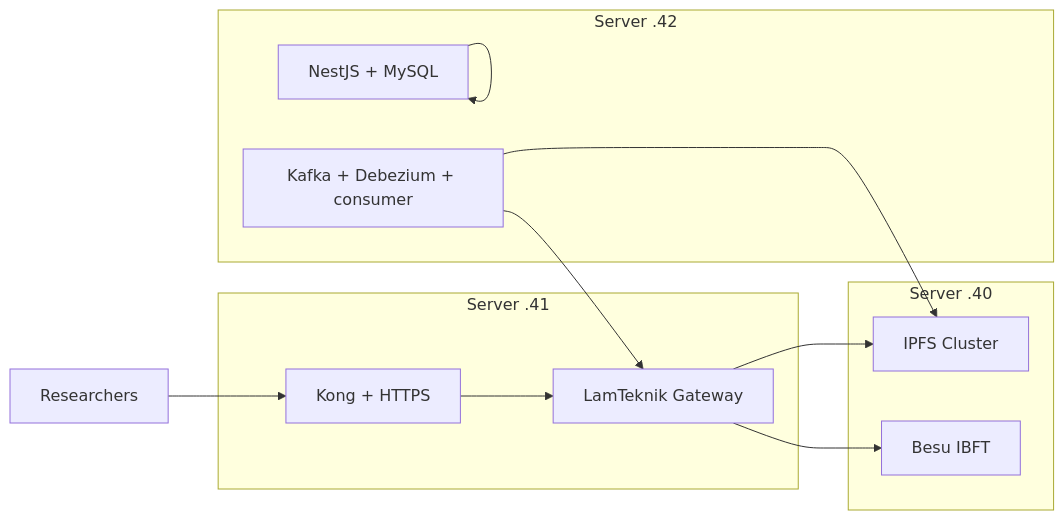
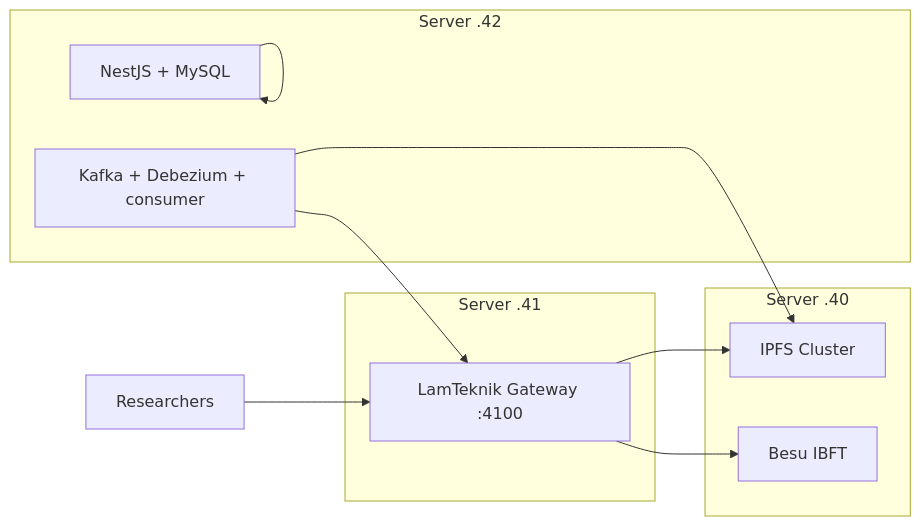
Before and after one commit to DeITdev/lamteknik-blockchain: the diagram in context/revamp-system-plan.md, drawn with Mermaid. The commit also changed other lines of this file and 13 other files, not shown here.

````diff
--- a/context/revamp-system-plan.md
+++ b/context/revamp-system-plan.md
@@ -32,25 +32,23 @@
 ```mermaid
 flowchart LR
   subgraph vm40 [Server .40]
     Besu[Besu IBFT]
     IPFS[IPFS Cluster]
   end
 
   subgraph vm41 [Server .41]
-    Kong[Kong + HTTPS]
-    GW[LamTeknik Gateway]
-    Kong --> GW
+    GW[LamTeknik Gateway :4100]
   end
 
   subgraph vm42 [Server .42]
     App[NestJS + MySQL]
     CDC[Kafka + Debezium + consumer]
   end
 
-  Researchers[Researchers] --> Kong
+  Researchers[Researchers] --> GW
   CDC --> GW
   CDC --> IPFS
   GW --> Besu
   GW --> IPFS
   App --> App
 ```
````
